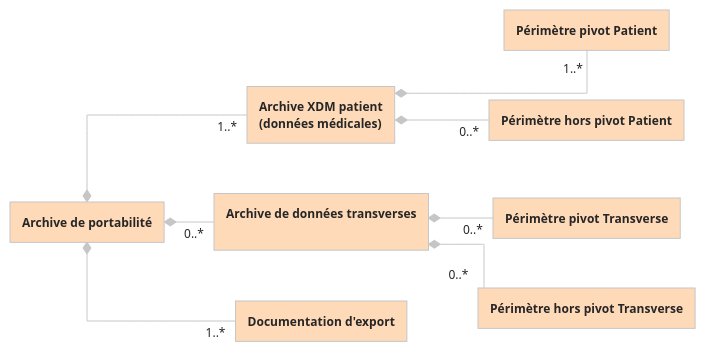
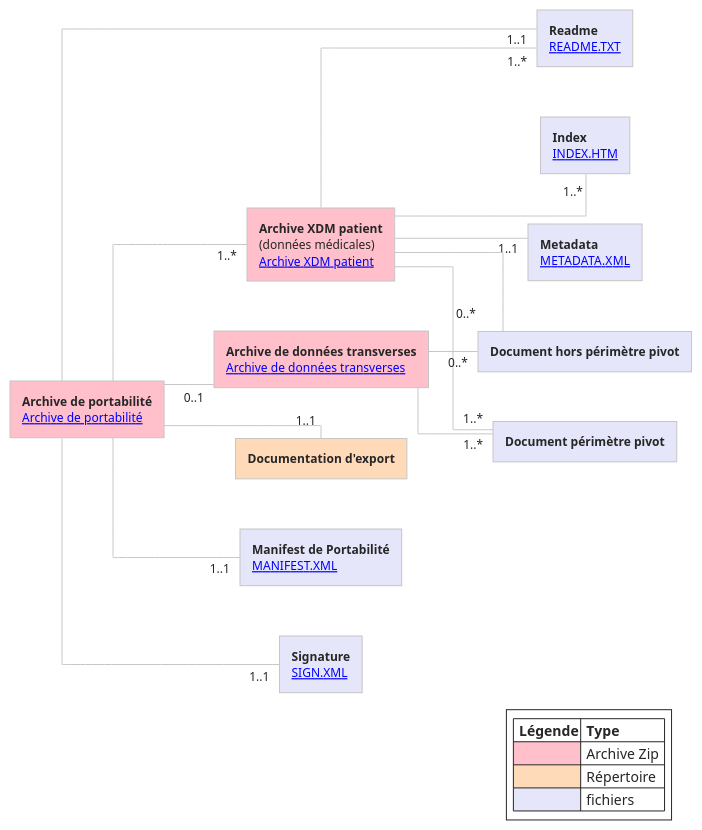
One commit to ansforge/interop-ig-portabilite changed the diagram in input/images-source/sf-concepts-portabilite.plantuml. Above: the diagram before and after it, drawn with PlantUML. The commit also changed 45 other files, not shown here.

```diff
--- a/input/images-source/sf-concepts-portabilite.plantuml
+++ b/input/images-source/sf-concepts-portabilite.plantuml
@@ -1,31 +1,54 @@
 @startuml sf-concepts-portabilite
 !theme carbon-gray
 skinparam classAttributeIconSize 0
 skinparam classAttributeFontSize 10
 skinparam padding 2
 skinparam noteFontSize 11
 left to right direction
 skinparam ranksep 50
 skinparam nodesep 50
 skinparam linetype ortho
 
-''Concepts
-rectangle "**Archive de portabilité**" as export #PeachPuff
-rectangle "**Archive XDM patient**\n**(données médicales)**" as archivepat #PeachPuff
-rectangle "**Archive de données transverses**\n" as transv #PeachPuff
+''Archives ZIP''
+rectangle "**Archive de portabilité**\n[[StructureDefinition-pdlgc-archive-portabilite Archive de portabilité]]" as export #Pink
+rectangle "**Archive XDM patient**\n(données médicales)\n[[StructureDefinition-pdlgc-archive-patient Archive XDM patient]]" as archivepat #Pink
+rectangle "**Archive de données transverses**\n[[StructureDefinition-pdlgc-archive-transverse Archive de données transverses]]" as transverse #Pink
+
+''Répertoire
 rectangle "**Documentation d'export**" as doc #PeachPuff
-rectangle "**Périmètre pivot Patient**" as pivotpatient #PeachPuff
-rectangle "**Périmètre pivot Transverse**" as pivottransv #PeachPuff
-rectangle "**Périmètre hors pivot Patient**" as horspivotpatient #PeachPuff
-rectangle "**Périmètre hors pivot Transverse**" as horspivottransv #PeachPuff
 
-''Relations''
-export *-- "1..*" doc
-export *-- "1..*" archivepat
-export *-- "0..*" transv 
-archivepat *-- "1..*" pivotpatient
-transv *-- "0..*" pivottransv
-archivepat *-- "0..*" horspivotpatient
-transv *-- "0..*" horspivottransv
+''Fichiers''
+rectangle "**Manifest de Portabilité**\n[[StructureDefinition-pdlgc-manifest MANIFEST.XML]]" as manifest #Lavender
+rectangle "**Readme**\n[[StructureDefinition-pdlgc-readme README.TXT]]" as readme #Lavender
+rectangle "**Signature**\n[[StructureDefinition-pdlgc-signature SIGN.XML]]" as signature #Lavender
+rectangle "**Metadata**\n[[StructureDefinition-pdlgc-metadata METADATA.XML]]" as metadata #Lavender
+rectangle "**Index**\n[[StructureDefinition-pdlgc-index INDEX.HTM]]" as index #Lavender
+rectangle "**Document périmètre pivot**" as pivot #Lavender
+rectangle "**Document hors périmètre pivot**" as horspivot #Lavender
+
+
+''Liens''
+export -- "1..1" manifest
+export -- "1..1" readme
+export -- "1..1" signature
+export -- "1..*" archivepat
+export -- "0..1" transverse
+export -- "1..1" doc
+archivepat -- "1..1" metadata
+archivepat -- "1..*" pivot
+archivepat -- "0..*" horspivot
+archivepat -- "1..*" readme
+archivepat -- "1..*" index
+transverse -- "1..*" pivot
+transverse -- "0..*" horspivot
+
+
+''Légende''
+legend right
+|= Légende|= Type|
+|<#Pink>| Archive Zip |
+|<#PeachPuff>| Répertoire |
+|<#Lavender>| fichiers |
+endlegend
 
 @enduml
```
